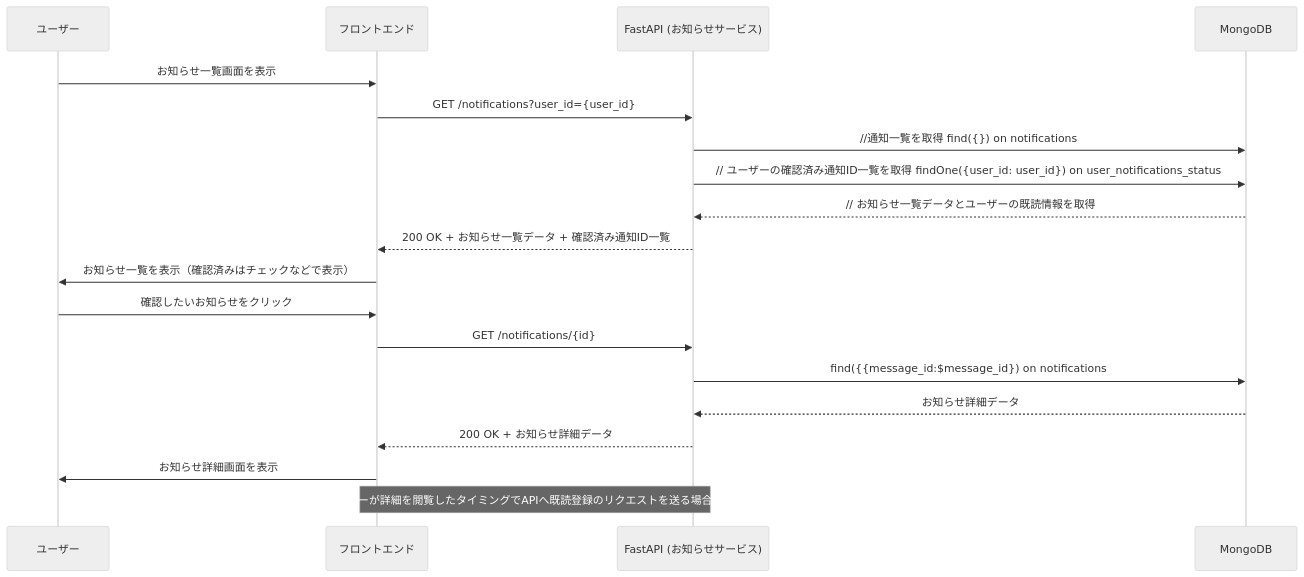
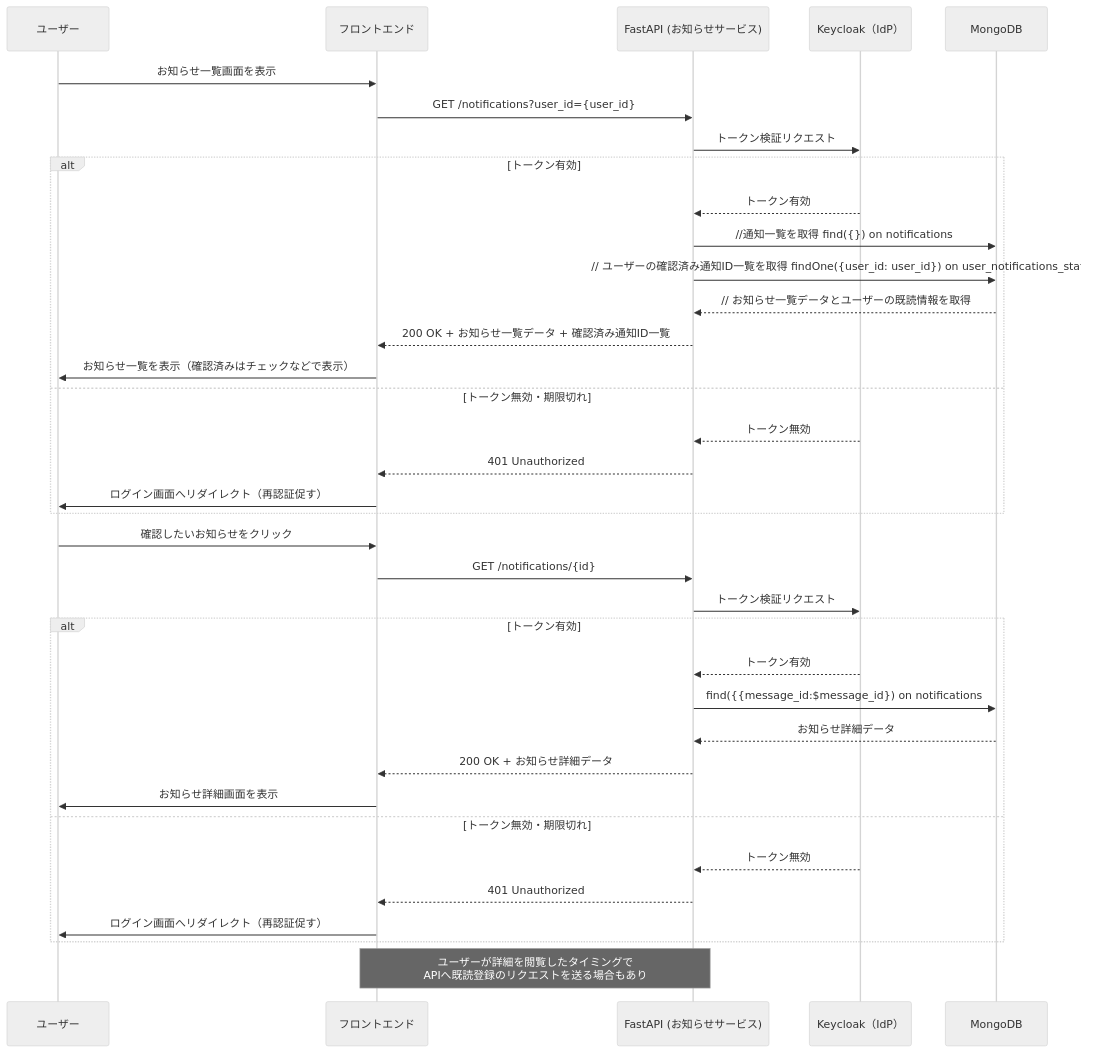
The ninth of 10 diagrams in sequence/README.md (Yumapon/microservice_app), drawn with Mermaid (neutral theme) before and after one commit. The commit also changed other lines of this file and 14 other files, not shown here.

Commit message:
sequence and openapi

````diff
--- a/sequence/README.md
+++ b/sequence/README.md
@@ -161,23 +425,39 @@
 ```mermaid
 sequenceDiagram
     participant User as ユーザー
     participant Frontend as フロントエンド
     participant API as FastAPI (お知らせサービス)
+    participant Keycloak as Keycloak（IdP）
     participant MongoDB as MongoDB
 
     User->>Frontend: お知らせ一覧画面を表示
     Frontend->>API: GET /notifications?user_id={user_id}
-    API->>MongoDB://通知一覧を取得 find({}) on notifications
-    API->>MongoDB:// ユーザーの確認済み通知ID一覧を取得 findOne({user_id: user_id}) on user_notifications_status
-    MongoDB-->>API:// お知らせ一覧データとユーザーの既読情報を取得
-    API-->>Frontend:200 OK + お知らせ一覧データ + 確認済み通知ID一覧
-    Frontend->>User: お知らせ一覧を表示（確認済みはチェックなどで表示）
+    API->>Keycloak: トークン検証リクエスト
+    alt トークン有効
+        Keycloak-->>API: トークン有効
+        API->>MongoDB://通知一覧を取得 find({}) on notifications
+        API->>MongoDB:// ユーザーの確認済み通知ID一覧を取得 findOne({user_id: user_id}) on user_notifications_status
+        MongoDB-->>API:// お知らせ一覧データとユーザーの既読情報を取得
+        API-->>Frontend:200 OK + お知らせ一覧データ + 確認済み通知ID一覧
+        Frontend->>User: お知らせ一覧を表示（確認済みはチェックなどで表示）
+    else トークン無効・期限切れ
+        Keycloak-->>API: トークン無効
+        API-->>Frontend: 401 Unauthorized
+        Frontend->>User: ログイン画面へリダイレクト（再認証促す）
+    end
     User->>Frontend: 確認したいお知らせをクリック
     Frontend->>API: GET /notifications/{id}
-    API->>MongoDB: find({{message_id:$message_id}) on notifications
-    MongoDB-->>API: お知らせ詳細データ
-    API-->>Frontend: 200 OK + お知らせ詳細データ
-    Frontend->>User: お知らせ詳細画面を表示
-
-    Note over Frontend, API:ユーザーが詳細を閲覧したタイミングでAPIへ既読登録のリクエストを送る場合もあり
+    API->>Keycloak: トークン検証リクエスト
+    alt トークン有効
+        Keycloak-->>API: トークン有効
+        API->>MongoDB: find({{message_id:$message_id}) on notifications
+        MongoDB-->>API: お知らせ詳細データ
+        API-->>Frontend: 200 OK + お知らせ詳細データ
+        Frontend->>User: お知らせ詳細画面を表示
+    else トークン無効・期限切れ
+        Keycloak-->>API: トークン無効
+        API-->>Frontend: 401 Unauthorized
+        Frontend->>User: ログイン画面へリダイレクト（再認証促す）
+    end
+    Note over Frontend, API:ユーザーが詳細を閲覧したタイミングで<br>APIへ既読登録のリクエストを送る場合もあり
 ```
````
